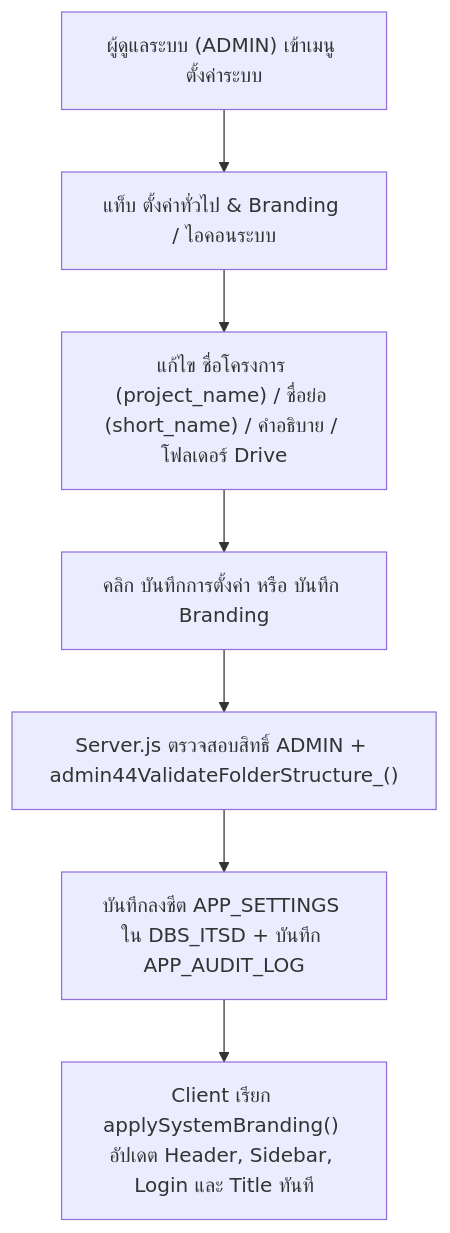
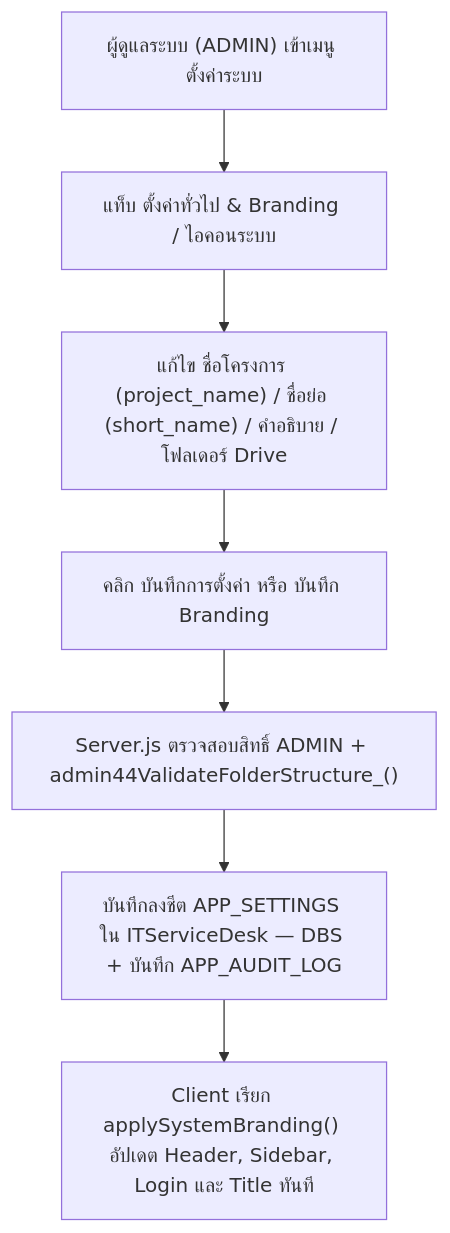
Before and after one commit to thakot-cloud/ITServiceDesk: the ninth of 9 diagrams in DATA_DIAGRAM_AND_WORKFLOW.md, drawn with Mermaid. The commit also changed other lines of this file and 3 other files, not shown here.

Commit message:
docs: standardize resource names to 005_ITServiceDesk and ITServiceDesk — DBS

````diff
--- a/DATA_DIAGRAM_AND_WORKFLOW.md
+++ b/DATA_DIAGRAM_AND_WORKFLOW.md
@@ -373,9 +373,9 @@
 ```mermaid
 flowchart TD
     Admin["ผู้ดูแลระบบ (ADMIN) เข้าเมนู ตั้งค่าระบบ"] --> Tab["แท็บ ตั้งค่าทั่วไป & Branding / ไอคอนระบบ"]
     Tab --> Edit["แก้ไข ชื่อโครงการ (project_name) / ชื่อย่อ (short_name) / คำอธิบาย / โฟลเดอร์ Drive"]
     Edit --> Save["คลิก บันทึกการตั้งค่า หรือ บันทึก Branding"]
     Save --> Validate["Server.js ตรวจสอบสิทธิ์ ADMIN + admin44ValidateFolderStructure_()"]
-    Validate --> Write["บันทึกลงชีต APP_SETTINGS ใน DBS_ITSD + บันทึก APP_AUDIT_LOG"]
+    Validate --> Write["บันทึกลงชีต APP_SETTINGS ใน ITServiceDesk — DBS + บันทึก APP_AUDIT_LOG"]
     Write --> Apply["Client เรียก applySystemBranding() อัปเดต Header, Sidebar, Login และ Title ทันที"]
 ```
````
